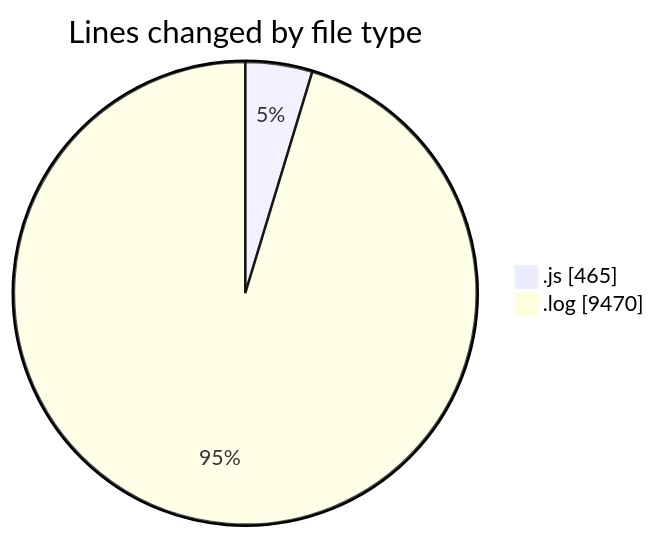
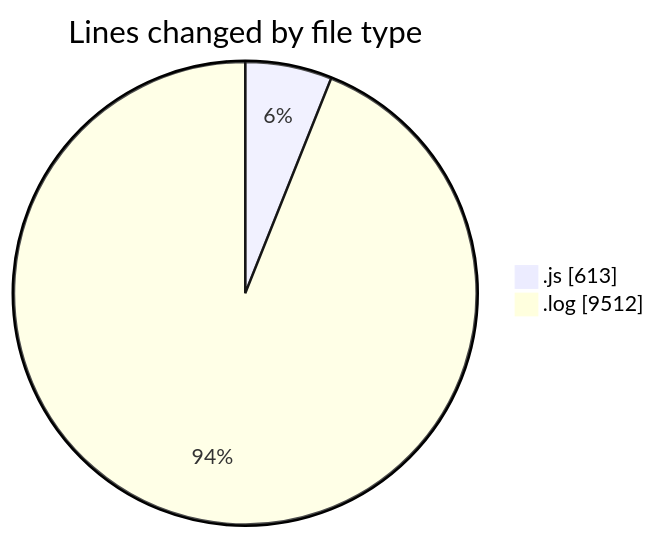
One commit to BS-eng2023/code-tracking changed the first of 2 diagrams in 2025-04-04/jsvms/README.md. Above: the diagram before and after it, drawn with Mermaid. The commit also changed other lines of this file and 1 other file, not shown here.

````diff
--- a/2025-04-04/jsvms/README.md
+++ b/2025-04-04/jsvms/README.md
@@ -26,6 +27,6 @@
 ```mermaid
 pie showData
 title Lines changed by file type
-".js" : 465
-".log" : 9470
+".js" : 613
+".log" : 9512
 ```
````
